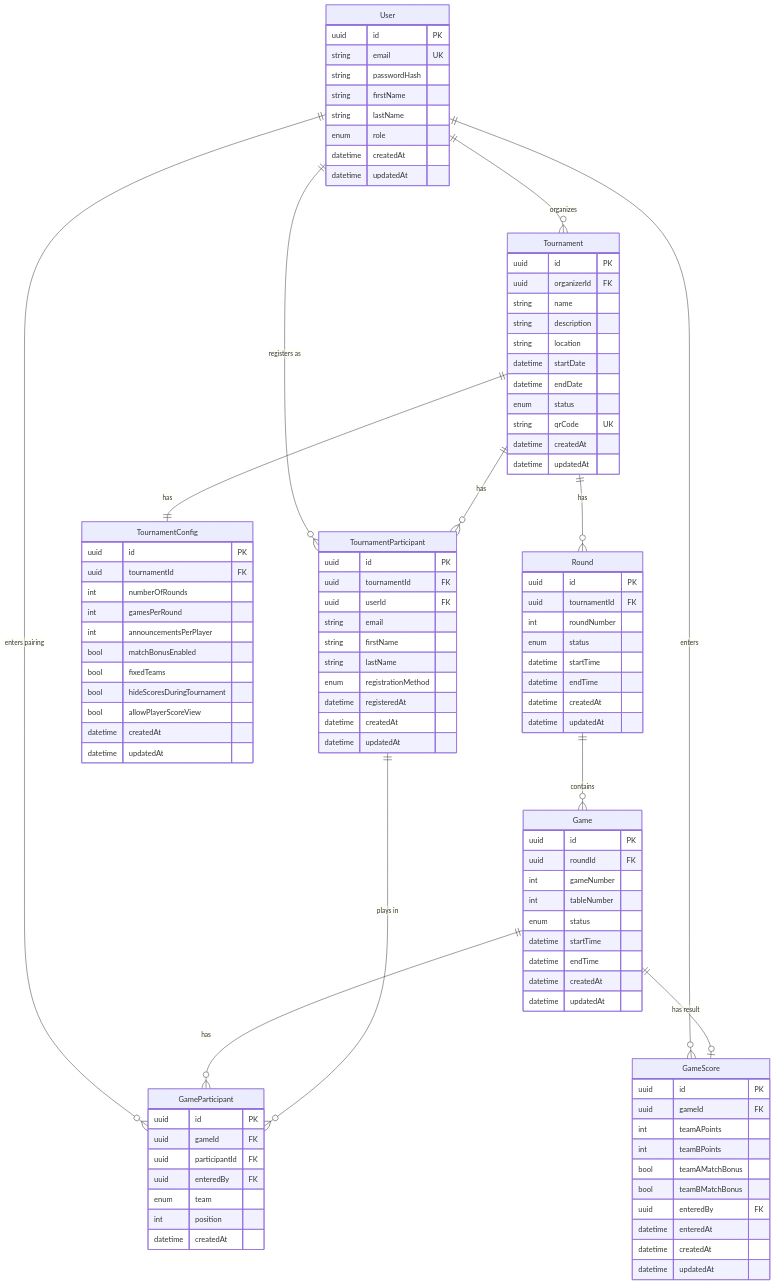
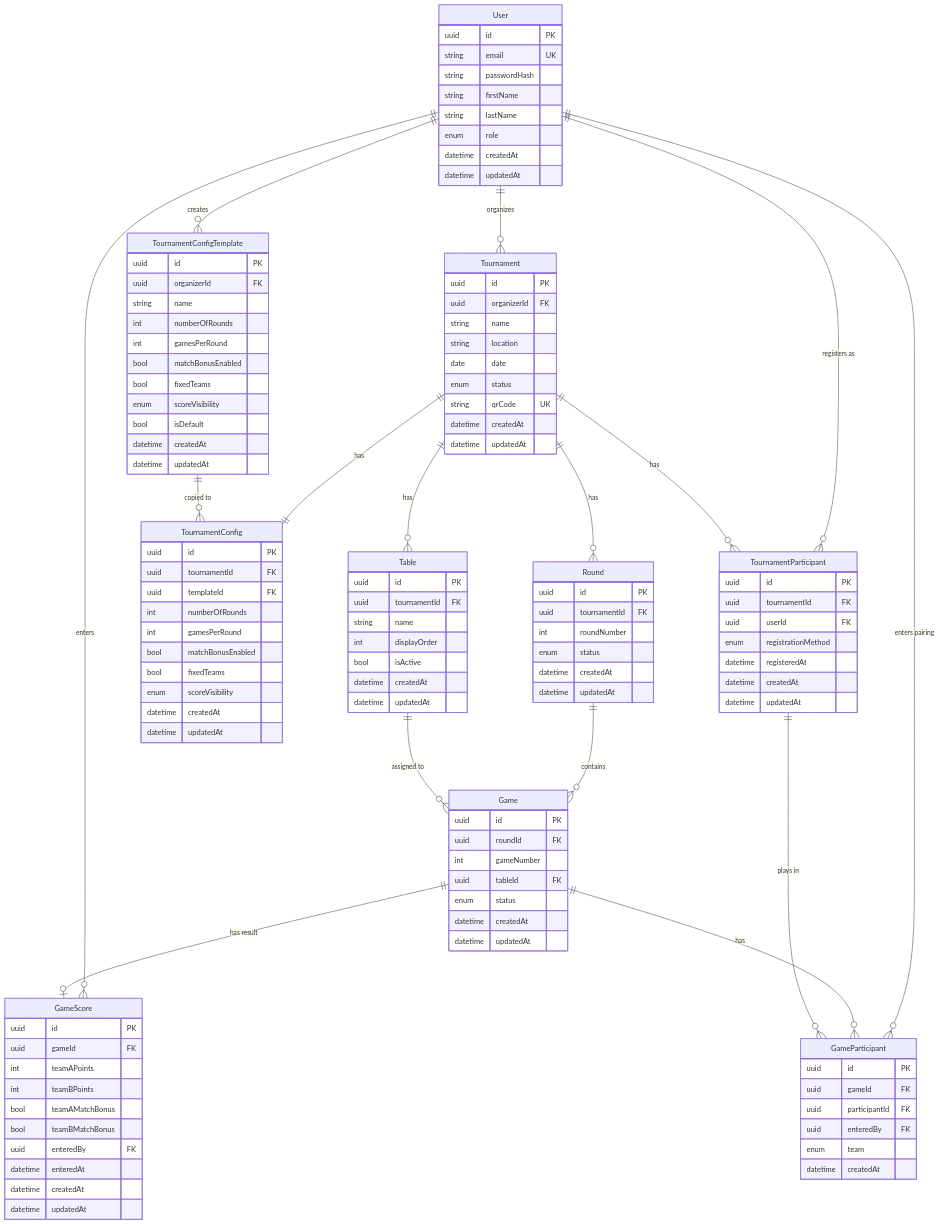
Before and after one commit to manuweber93/jass-tournament-manager: the diagram in database-schema.md, drawn with Mermaid. The commit also changed other lines of this file and 2 other files, not shown here.

Commit message:
Introduce TournamentConfigTemplate and Table models, refactor Tournament and TournamentConfig, and simplify enums and fields across the schema.

````diff
--- a/database-schema.md
+++ b/database-schema.md
@@ -215,6 +261,7 @@
 ```mermaid
 erDiagram
     User ||--o{ Tournament : "organizes"
+    User ||--o{ TournamentConfigTemplate : "creates"
     User ||--o{ TournamentParticipant : "registers as"
     User ||--o{ GameScore : "enters"
     User ||--o{ GameParticipant : "enters pairing"
@@ -222,8 +269,13 @@
     Tournament ||--|| TournamentConfig : "has"
     Tournament ||--o{ TournamentParticipant : "has"
     Tournament ||--o{ Round : "has"
+    Tournament ||--o{ Table : "has"
+    
+    TournamentConfigTemplate ||--o{ TournamentConfig : "copied to"
     
     Round ||--o{ Game : "contains"
+    
+    Table ||--o{ Game : "assigned to"
     
     Game ||--o{ GameParticipant : "has"
     Game ||--o| GameScore : "has result"
@@ -245,12 +297,24 @@
         uuid id PK
         uuid organizerId FK
         string name
-        string description
         string location
-        datetime startDate
-        datetime endDate
+        date date
         enum status
         string qrCode UK
+        datetime createdAt
+        datetime updatedAt
+    }
+    
+    TournamentConfigTemplate {
+        uuid id PK
+        uuid organizerId FK
+        string name
+        int numberOfRounds
+        int gamesPerRound
+        bool matchBonusEnabled
+        bool fixedTeams
+        enum scoreVisibility
+        bool isDefault
         datetime createdAt
         datetime updatedAt
     }
@@ -258,13 +322,12 @@
     TournamentConfig {
         uuid id PK
         uuid tournamentId FK
+        uuid templateId FK
         int numberOfRounds
         int gamesPerRound
-        int announcementsPerPlayer
         bool matchBonusEnabled
         bool fixedTeams
-        bool hideScoresDuringTournament
-        bool allowPlayerScoreView
+        enum scoreVisibility
         datetime createdAt
         datetime updatedAt
     }
@@ -273,9 +336,6 @@
         uuid id PK
         uuid tournamentId FK
         uuid userId FK
-        string email
-        string firstName
-        string lastName
         enum registrationMethod
         datetime registeredAt
         datetime createdAt
@@ -287,8 +347,16 @@
         uuid tournamentId FK
         int roundNumber
         enum status
-        datetime startTime
-        datetime endTime
+        datetime createdAt
+        datetime updatedAt
+    }
+    
+    Table {
+        uuid id PK
+        uuid tournamentId FK
+        string name
+        int displayOrder
+        bool isActive
         datetime createdAt
         datetime updatedAt
     }
@@ -297,10 +365,8 @@
         uuid id PK
         uuid roundId FK
         int gameNumber
-        int tableNumber
+        uuid tableId FK
         enum status
-        datetime startTime
-        datetime endTime
         datetime createdAt
         datetime updatedAt
     }
@@ -311,7 +377,6 @@
         uuid participantId FK
         uuid enteredBy FK
         enum team
-        int position
         datetime createdAt
     }
     
````
